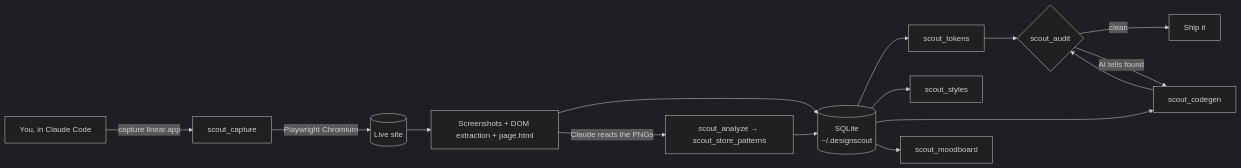
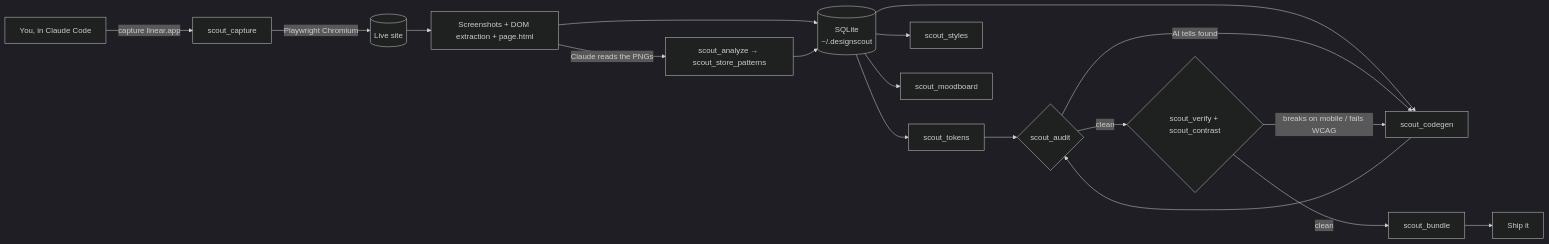
Before and after one commit to SpenceChakabva/designscout: the diagram in README.md, drawn with Mermaid (dark theme). The commit also changed other lines of this file and 25 other files, not shown here.

First line of the commit message:
v0.3: verify/contrast/motion/bundle/deps/checklist tools + server resilience

````diff
--- a/README.md
+++ b/README.md
@@ -51,16 +52,19 @@
 ```mermaid
 flowchart LR
   U[You, in Claude Code] -->|"capture linear.app"| C[scout_capture]
   C -->|Playwright Chromium| W[(Live site)]
   W --> S[Screenshots + DOM extraction + page.html]
   S --> DB[(SQLite<br/>~/.designscout)]
   S -->|Claude reads the PNGs| A[scout_analyze → scout_store_patterns]
   A --> DB
   DB --> T[scout_tokens]
   DB --> Y[scout_styles]
   DB --> G[scout_codegen]
   DB --> M[scout_moodboard]
   T & G --> Q{scout_audit}
-  Q -->|clean| OUT[Ship it]
   Q -->|AI tells found| G
+  Q -->|clean| V{scout_verify + scout_contrast}
+  V -->|breaks on mobile / fails WCAG| G
+  V -->|clean| B[scout_bundle]
+  B --> OUT[Ship it]
 ```
````
